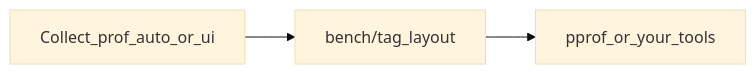
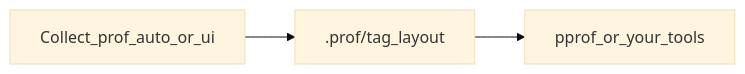
The diagram in prof_web_doc/docs/index.md (AlexsanderHamir/prof), drawn with Mermaid (base theme) before and after one commit. The commit also changed other lines of this file and 28 other files, not shown here.

First line of the commit message:
feat: write collect output under .prof instead of bench (#114)

````diff
--- a/prof_web_doc/docs/index.md
+++ b/prof_web_doc/docs/index.md
@@ -22,8 +22,8 @@
 ```mermaid
 flowchart LR
   collect[Collect_prof_auto_or_ui]
-  bench["bench/tag_layout"]
+  bench[".prof/tag_layout"]
   analyze[pprof_or_your_tools]
   collect --> bench
   bench --> analyze
 ```
````
